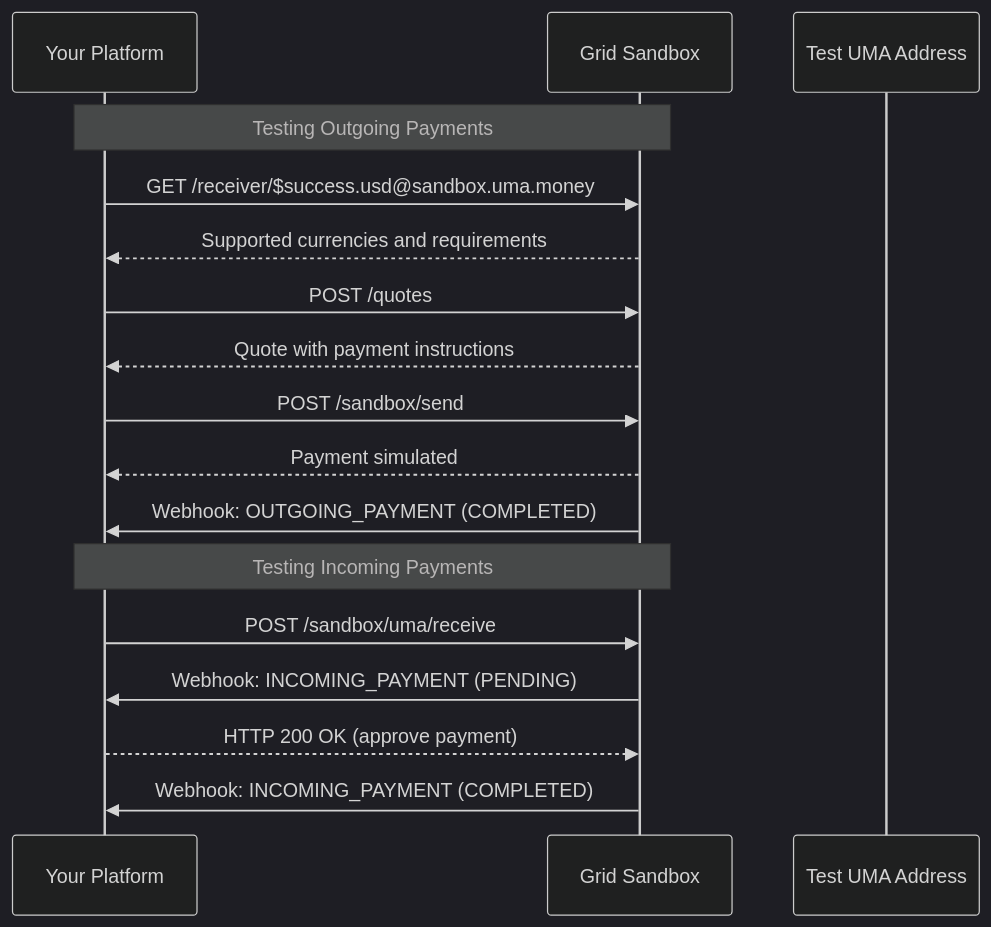
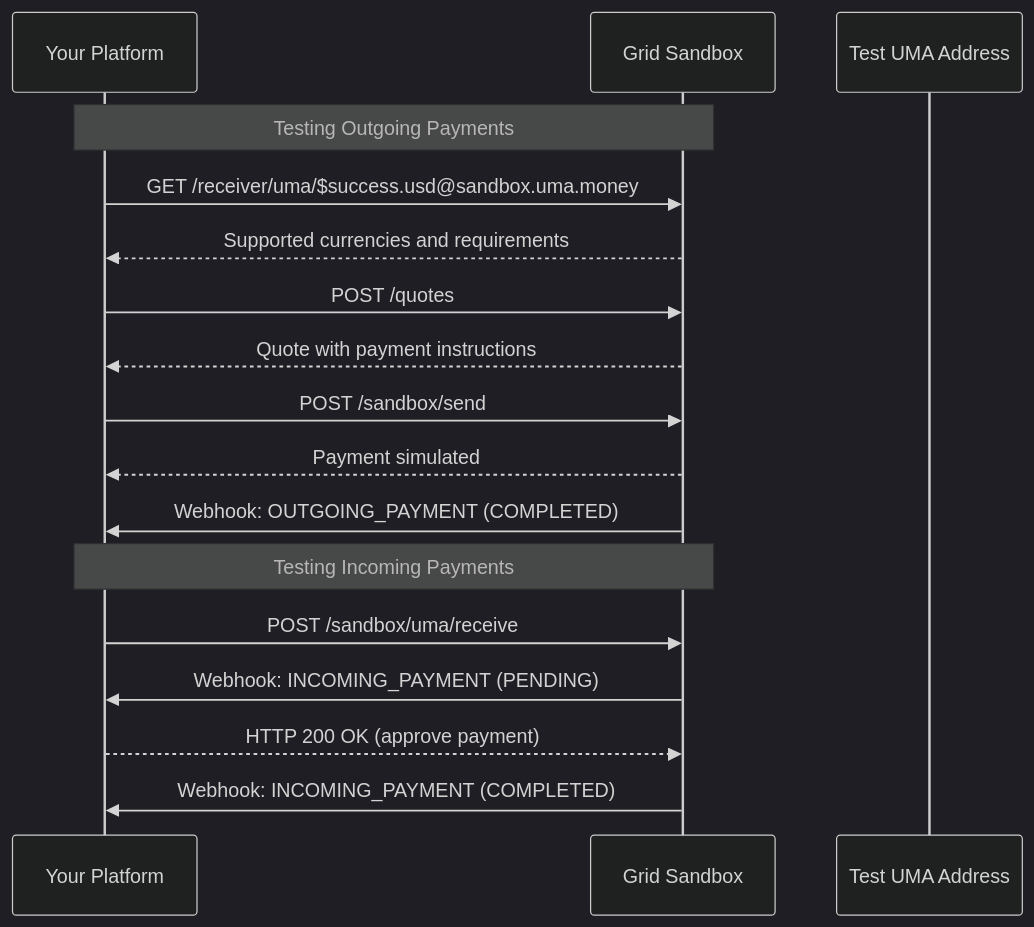
Before and after one commit to lightsparkdev/grid-api: the diagram in mintlify/global-p2p/platform-tools/sandbox-testing.mdx, drawn with Mermaid (dark theme). The commit also changed other lines of this file and 6 other files, not shown here.

First line of the commit message:
docs: align sandbox-testing curl examples with current OpenAPI schema

````diff
--- a/mintlify/global-p2p/platform-tools/sandbox-testing.mdx
+++ b/mintlify/global-p2p/platform-tools/sandbox-testing.mdx
@@ -37,21 +37,21 @@
 ```mermaid
 sequenceDiagram
     participant Client as Your Platform
     participant Grid as Grid Sandbox
     participant Test as Test UMA Address
 
     Note over Client, Grid: Testing Outgoing Payments
-    Client->>Grid: GET /receiver/$success.usd@sandbox.uma.money
+    Client->>Grid: GET /receiver/uma/$success.usd@sandbox.uma.money
     Grid-->>Client: Supported currencies and requirements
     Client->>Grid: POST /quotes
     Grid-->>Client: Quote with payment instructions
     Client->>Grid: POST /sandbox/send
     Grid-->>Client: Payment simulated
     Grid->>Client: Webhook: OUTGOING_PAYMENT (COMPLETED)
 
     Note over Client, Grid: Testing Incoming Payments
     Client->>Grid: POST /sandbox/uma/receive
     Grid->>Client: Webhook: INCOMING_PAYMENT (PENDING)
     Client-->>Grid: HTTP 200 OK (approve payment)
     Grid->>Client: Webhook: INCOMING_PAYMENT (COMPLETED)
 ```
````
